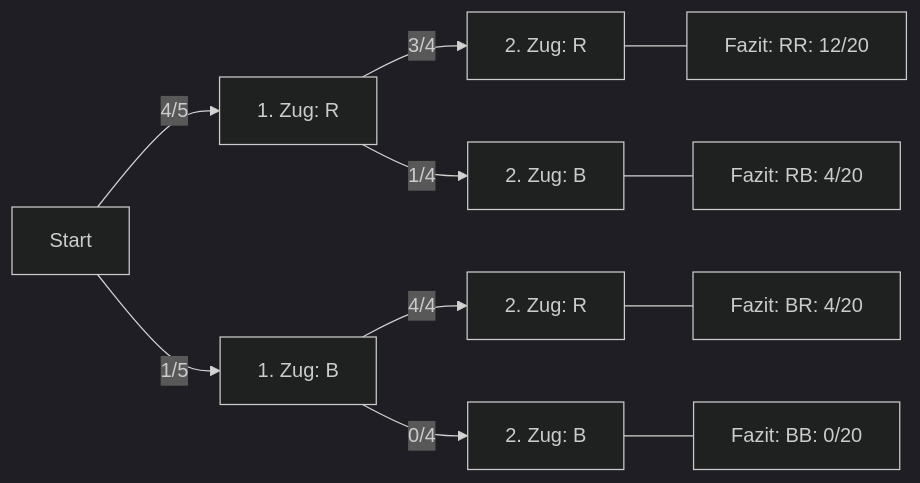
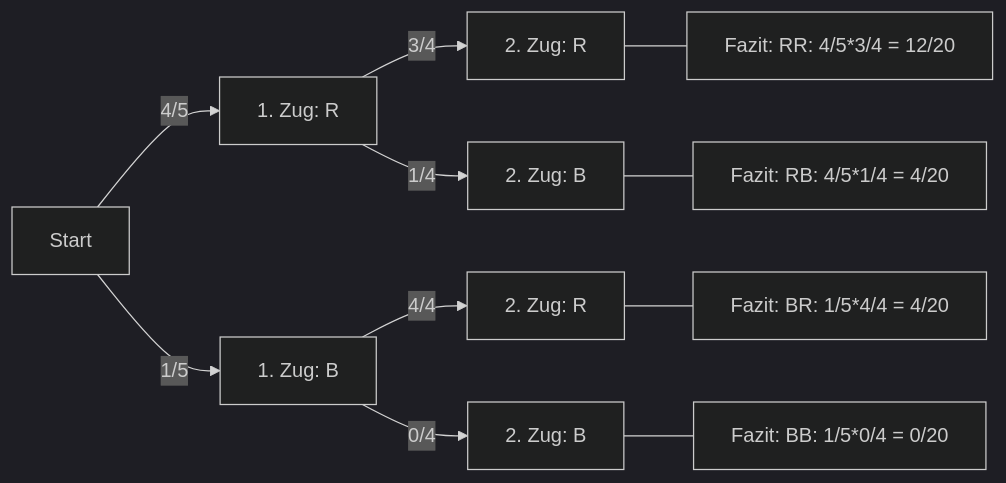
The second of 3 diagrams in 0300-Wskt.qmd (sebastiansauer/start-bayes), drawn with Mermaid (dark theme) before and after one commit. The commit also changed other lines of this file and 71 other files, not shown here.

````diff
--- a/0300-Wskt.qmd
+++ b/0300-Wskt.qmd
@@ -1610,15 +1744,15 @@
 ```{mermaid}
 %%| fig-cap: "Baumdiagramm für ein ein zweistufiges Zufallsereignis, wobei der 2. Zug (Stufe) abhängig ist vom 1. Zug."
 %%| label: fig-baum-abh
 flowchart LR
   A[Start] -->|4/5|B[1. Zug: R]
   A -->|1/5|C[1. Zug: B]
   B -->|3/4|D[2. Zug: R]
   B -->|1/4|E[2. Zug: B]
-  D --- H[Fazit: RR:  12/20]
-  E --- I[Fazit: RB: 4/20]
+  D --- H[Fazit: RR: 4/5*3/4 = 12/20]
+  E --- I[Fazit: RB: 4/5*1/4 = 4/20]
   C -->|4/4|F[2. Zug: R]
   C -->|0/4|G[2. Zug: B]
-  F --- J[Fazit: BR: 4/20]
-  G --- K[Fazit: BB: 0/20]
+  F --- J[Fazit: BR: 1/5*4/4 = 4/20]
+  G --- K[Fazit: BB: 1/5*0/4 = 0/20]
 ```
````
